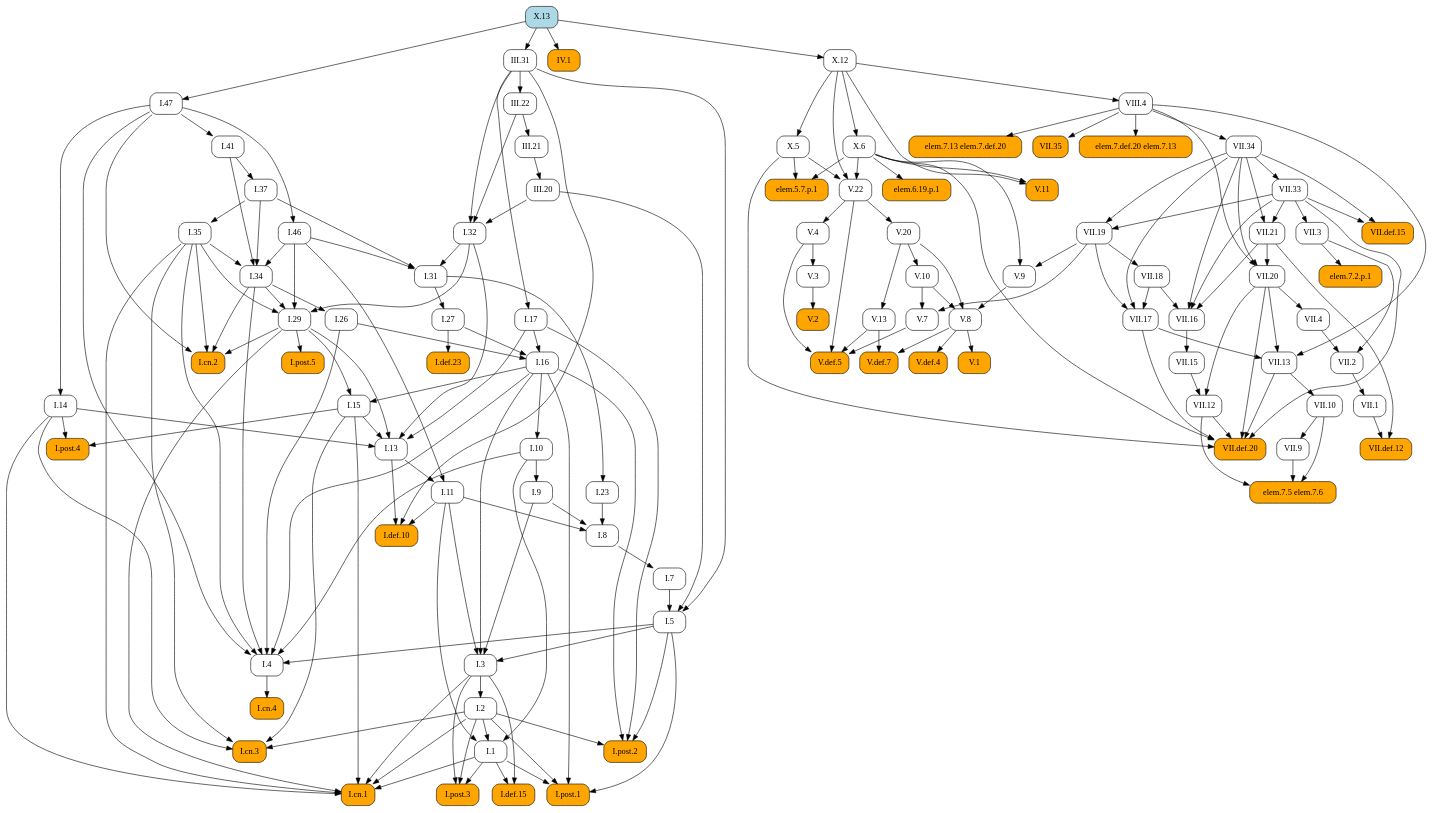
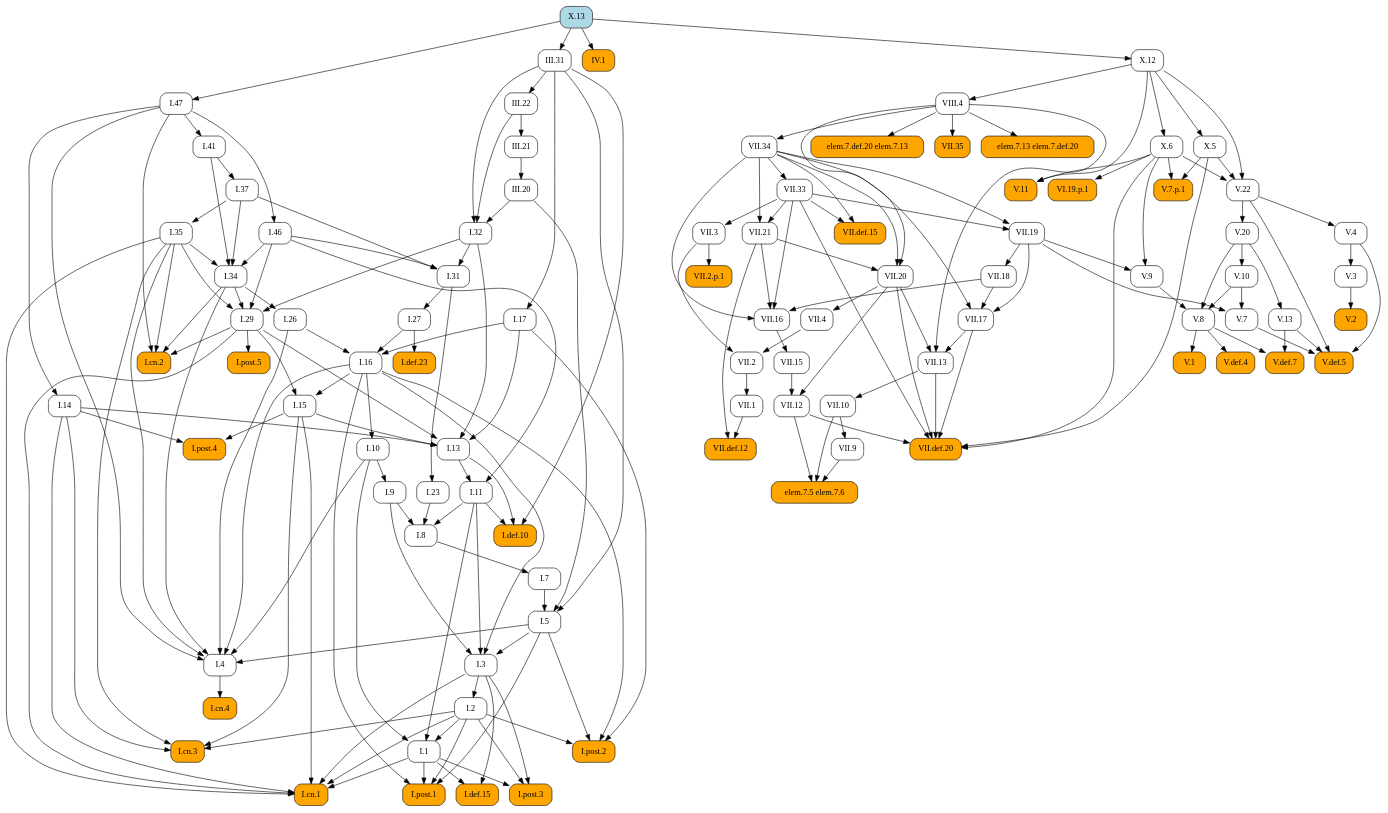
One commit to geometor/elements changed the diagram in docsrc/heath/X/13/index.rst. Above: the diagram before and after it, drawn with Graphviz. The commit also changed other lines of this file and 484 other files, not shown here.

```diff
--- a/docsrc/heath/X/13/index.rst
+++ b/docsrc/heath/X/13/index.rst
@@ -53,179 +51,145 @@
    digraph {
      rankdir="TB";
      node [shape=box, style=rounded];
+     "I.23" [URL="/heath/I/23/", target="_top"];
+     "I.9" [URL="/heath/I/9/", target="_top"];
+     "elem.7.def.20 elem.7.13" [style="rounded,filled", fillcolor=orange];
+     "VII.12" [URL="/heath/VII/12/", target="_top"];
+     "IV.1" [style="rounded,filled", fillcolor=orange, URL="/heath/IV/1/", target="_top"];
+     "VII.34" [URL="/heath/VII/34/", target="_top"];
+     "I.def.15" [style="rounded,filled", fillcolor=orange, URL="/heath/I/def.15/", target="_top"];
+     "V.13" [URL="/heath/V/13/", target="_top"];
+     "VII.16" [URL="/heath/VII/16/", target="_top"];
+     "V.7" [URL="/heath/V/7/", target="_top"];
+     "V.7.p.1" [style="rounded,filled", fillcolor=orange];
+     "I.post.1" [style="rounded,filled", fillcolor=orange, URL="/heath/I/post.1/", target="_top"];
+     "III.20" [URL="/heath/III/20/", target="_top"];
+     "X.6" [URL="/heath/X/6/", target="_top"];
+     "V.9" [URL="/heath/V/9/", target="_top"];
+     "I.31" [URL="/heath/I/31/", target="_top"];
+     "III.22" [URL="/heath/III/22/", target="_top"];
+     "VII.13" [URL="/heath/VII/13/", target="_top"];
      "I.def.10" [style="rounded,filled", fillcolor=orange, URL="/heath/I/def.10/", target="_top"];
+     "V.10" [URL="/heath/V/10/", target="_top"];
+     "VIII.4" [URL="/heath/VIII/4/", target="_top"];
+     "V.4" [URL="/heath/V/4/", target="_top"];
+     "VII.35" [style="rounded,filled", fillcolor=orange, URL="/heath/VII/35/", target="_top"];
+     "I.14" [URL="/heath/I/14/", target="_top"];
+     "V.11" [style="rounded,filled", fillcolor=orange, URL="/heath/V/11/", target="_top"];
+     "VII.2.p.1" [style="rounded,filled", fillcolor=orange];
+     "I.34" [URL="/heath/I/34/", target="_top"];
+     "VII.def.20" [style="rounded,filled", fillcolor=orange, URL="/heath/VII/def.20/", target="_top"];
+     "VII.15" [URL="/heath/VII/15/", target="_top"];
+     "I.3" [URL="/heath/I/3/", target="_top"];
+     "V.def.4" [style="rounded,filled", fillcolor=orange, URL="/heath/V/def.4/", target="_top"];
+     "V.def.7" [style="rounded,filled", fillcolor=orange, URL="/heath/V/def.7/", target="_top"];
+     "I.2" [URL="/heath/I/2/", target="_top"];
+     "V.3" [URL="/heath/V/3/", target="_top"];
+     "I.13" [URL="/heath/I/13/", target="_top"];
+     "I.post.4" [style="rounded,filled", fillcolor=orange, URL="/heath/I/post.4/", target="_top"];
+     "I.4" [URL="/heath/I/4/", target="_top"];
+     "I.1" [URL="/heath/I/1/", target="_top"];
+     "I.8" [URL="/heath/I/8/", target="_top"];
+     "I.17" [URL="/heath/I/17/", target="_top"];
+     "VII.21" [URL="/heath/VII/21/", target="_top"];
+     "I.29" [URL="/heath/I/29/", target="_top"];
+     "V.8" [URL="/heath/V/8/", target="_top"];
+     "I.15" [URL="/heath/I/15/", target="_top"];
+     "VII.def.12" [style="rounded,filled", fillcolor=orange, URL="/heath/VII/def.12/", target="_top"];
+     "I.10" [URL="/heath/I/10/", target="_top"];
      "I.11" [URL="/heath/I/11/", target="_top"];
-     "I.post.4" [style="rounded,filled", fillcolor=orange, URL="/heath/I/post.4/", target="_top"];
-     "I.1" [URL="/heath/I/1/", target="_top"];
+     "I.def.23" [style="rounded,filled", fillcolor=orange, URL="/heath/I/def.23/", target="_top"];
+     "elem.7.13 elem.7.def.20" [style="rounded,filled", fillcolor=orange];
+     "VII.20" [URL="/heath/VII/20/", target="_top"];
+     "I.46" [URL="/heath/I/46/", target="_top"];
+     "I.26" [URL="/heath/I/26/", target="_top"];
+     "VII.33" [URL="/heath/VII/33/", target="_top"];
+     "I.32" [URL="/heath/I/32/", target="_top"];
+     "elem.7.5 elem.7.6" [style="rounded,filled", fillcolor=orange];
+     "VII.9" [URL="/heath/VII/9/", target="_top"];
+     "I.47" [URL="/heath/I/47/", target="_top"];
+     "VII.18" [URL="/heath/VII/18/", target="_top"];
+     "X.12" [URL="/heath/X/12/", target="_top"];
+     "I.post.3" [style="rounded,filled", fillcolor=orange, URL="/heath/I/post.3/", target="_top"];
+     "V.def.5" [style="rounded,filled", fillcolor=orange, URL="/heath/V/def.5/", target="_top"];
+     "VII.10" [URL="/heath/VII/10/", target="_top"];
+     "V.20" [URL="/heath/V/20/", target="_top"];
+     "I.27" [URL="/heath/I/27/", target="_top"];
+     "VII.def.15" [style="rounded,filled", fillcolor=orange, URL="/heath/VII/def.15/", target="_top"];
+     "VII.17" [URL="/heath/VII/17/", target="_top"];
+     "VII.19" [URL="/heath/VII/19/", target="_top"];
+     "VII.2" [URL="/heath/VII/2/", target="_top"];
+     "I.35" [URL="/heath/I/35/", target="_top"];
+     "I.cn.1" [style="rounded,filled", fillcolor=orange, URL="/heath/I/cn.1/", target="_top"];
+     "V.2" [style="rounded,filled", fillcolor=orange, URL="/heath/V/2/", target="_top"];
+     "I.7" [URL="/heath/I/7/", target="_top"];
+     "X.5" [URL="/heath/X/5/", target="_top"];
+     "I.5" [URL="/heath/I/5/", target="_top"];
+     "I.37" [URL="/heath/I/37/", target="_top"];
+     "X.13" [style="rounded,filled", fillcolor=lightblue, URL="/heath/X/13/", target="_top"];
+     "VI.19.p.1" [style="rounded,filled", fillcolor=orange];
      "VII.1" [URL="/heath/VII/1/", target="_top"];
-     "VII.9" [URL="/heath/VII/9/", target="_top"];
-     "V.def.5" [style="rounded,filled", fillcolor=orange, URL="/heath/V/def.5/", target="_top"];
-     "III.20" [URL="/heath/III/20/", target="_top"];
+     "I.cn.3" [style="rounded,filled", fillcolor=orange, URL="/heath/I/cn.3/", target="_top"];
+     "I.16" [URL="/heath/I/16/", target="_top"];
      "III.31" [URL="/heath/III/31/", target="_top"];
-     "X.13" [style="rounded,filled", fillcolor=lightblue, URL="/heath/X/13/", target="_top"];
-     "V.13" [URL="/heath/V/13/", target="_top"];
-     "V.11" [style="rounded,filled", fillcolor=orange, URL="/heath/V/11/", target="_top"];
-     "I.47" [URL="/heath/I/47/", target="_top"];
-     "elem.7.5 elem.7.6" [style="rounded,filled", fillcolor=orange];
-     "I.post.3" [style="rounded,filled", fillcolor=orange, URL="/heath/I/post.3/", target="_top"];
-     "I.cn.3" [style="rounded,filled", fillcolor=orange, URL="/heath/I/cn.3/", target="_top"];
-     "I.14" [URL="/heath/I/14/", target="_top"];
-     "VII.13" [URL="/heath/VII/13/", target="_top"];
-     "VII.2" [URL="/heath/VII/2/", target="_top"];
-     "V.3" [URL="/heath/V/3/", target="_top"];
-     "elem.7.13 elem.7.def.20" [style="rounded,filled", fillcolor=orange];
-     "VII.12" [URL="/heath/VII/12/", target="_top"];
-     "VII.def.12" [style="rounded,filled", fillcolor=orange, URL="/heath/VII/def.12/", target="_top"];
-     "I.41" [URL="/heath/I/41/", target="_top"];
-     "I.27" [URL="/heath/I/27/", target="_top"];
-     "V.8" [URL="/heath/V/8/", target="_top"];
-     "I.37" [URL="/heath/I/37/", target="_top"];
-     "I.34" [URL="/heath/I/34/", target="_top"];
-     "VII.10" [URL="/heath/VII/10/", target="_top"];
-     "elem.7.2.p.1" [style="rounded,filled", fillcolor=orange];
-     "I.2" [URL="/heath/I/2/", target="_top"];
-     "I.def.23" [style="rounded,filled", fillcolor=orange, URL="/heath/I/def.23/", target="_top"];
-     "VII.18" [URL="/heath/VII/18/", target="_top"];
-     "IV.1" [style="rounded,filled", fillcolor=orange, URL="/heath/IV/1/", target="_top"];
-     "I.17" [URL="/heath/I/17/", target="_top"];
-     "I.post.2" [style="rounded,filled", fillcolor=orange, URL="/heath/I/post.2/", target="_top"];
-     "VII.21" [URL="/heath/VII/21/", target="_top"];
-     "VII.20" [URL="/heath/VII/20/", target="_top"];
-     "VII.35" [style="rounded,filled", fillcolor=orange, URL="/heath/VII/35/", target="_top"];
-     "I.9" [URL="/heath/I/9/", target="_top"];
-     "I.32" [URL="/heath/I/32/", target="_top"];
-     "V.def.4" [style="rounded,filled", fillcolor=orange, URL="/heath/V/def.4/", target="_top"];
-     "I.cn.4" [style="rounded,filled", fillcolor=orange, URL="/heath/I/cn.4/", target="_top"];
-     "I.15" [URL="/heath/I/15/", target="_top"];
-     "III.22" [URL="/heath/III/22/", target="_top"];
-     "V.def.7" [style="rounded,filled", fillcolor=orange, URL="/heath/V/def.7/", target="_top"];
-     "VII.def.20" [style="rounded,filled", fillcolor=orange, URL="/heath/VII/def.20/", target="_top"];
-     "I.5" [URL="/heath/I/5/", target="_top"];
-     "elem.7.def.20 elem.7.13" [style="rounded,filled", fillcolor=orange];
-     "I.26" [URL="/heath/I/26/", target="_top"];
-     "I.29" [URL="/heath/I/29/", target="_top"];
+     "VII.4" [URL="/heath/VII/4/", target="_top"];
+     "V.1" [style="rounded,filled", fillcolor=orange, URL="/heath/V/1/", target="_top"];
      "V.22" [URL="/heath/V/22/", target="_top"];
      "I.cn.2" [style="rounded,filled", fillcolor=orange, URL="/heath/I/cn.2/", target="_top"];
-     "X.6" [URL="/heath/X/6/", target="_top"];
-     "V.20" [URL="/heath/V/20/", target="_top"];
-     "V.10" [URL="/heath/V/10/", target="_top"];
-     "VII.17" [URL="/heath/VII/17/", target="_top"];
+     "I.post.5" [style="rounded,filled", fillcolor=orange, URL="/heath/I/post.5/", target="_top"];
      "VII.3" [URL="/heath/VII/3/", target="_top"];
-     "I.def.15" [style="rounded,filled", fillcolor=orange, URL="/heath/I/def.15/", target="_top"];
-     "I.cn.1" [style="rounded,filled", fillcolor=orange, URL="/heath/I/cn.1/", target="_top"];
-     "V.7" [URL="/heath/V/7/", target="_top"];
-     "V.9" [URL="/heath/V/9/", target="_top"];
-     "I.23" [URL="/heath/I/23/", target="_top"];
-     "I.post.1" [style="rounded,filled", fillcolor=orange, URL="/heath/I/post.1/", target="_top"];
-     "X.12" [URL="/heath/X/12/", target="_top"];
-     "elem.6.19.p.1" [style="rounded,filled", fillcolor=orange];
-     "I.35" [URL="/heath/I/35/", target="_top"];
-     "I.10" [URL="/heath/I/10/", target="_top"];
-     "I.46" [URL="/heath/I/46/", target="_top"];
-     "VII.33" [URL="/heath/VII/33/", target="_top"];
-     "I.7" [URL="/heath/I/7/", target="_top"];
-     "I.3" [URL="/heath/I/3/", target="_top"];
-     "VII.def.15" [style="rounded,filled", fillcolor=orange, URL="/heath/VII/def.15/", target="_top"];
-     "I.4" [URL="/heath/I/4/", target="_top"];
-     "VII.19" [URL="/heath/VII/19/", target="_top"];
-     "I.13" [URL="/heath/I/13/", target="_top"];
-     "VII.16" [URL="/heath/VII/16/", target="_top"];
-     "V.4" [URL="/heath/V/4/", target="_top"];
-     "elem.5.7.p.1" [style="rounded,filled", fillcolor=orange];
-     "VII.4" [URL="/heath/VII/4/", target="_top"];
-     "I.31" [URL="/heath/I/31/", target="_top"];
-     "VIII.4" [URL="/heath/VIII/4/", target="_top"];
-     "V.1" [style="rounded,filled", fillcolor=orange, URL="/heath/V/1/", target="_top"];
-     "I.16" [URL="/heath/I/16/", target="_top"];
-     "X.5" [URL="/heath/X/5/", target="_top"];
-     "VII.34" [URL="/heath/VII/34/", target="_top"];
-     "I.8" [URL="/heath/I/8/", target="_top"];
-     "V.2" [style="rounded,filled", fillcolor=orange, URL="/heath/V/2/", target="_top"];
+     "I.cn.4" [style="rounded,filled", fillcolor=orange, URL="/heath/I/cn.4/", target="_top"];
      "III.21" [URL="/heath/III/21/", target="_top"];
-     "I.post.5" [style="rounded,filled", fillcolor=orange, URL="/heath/I/post.5/", target="_top"];
-     "VII.15" [URL="/heath/VII/15/", target="_top"];
+     "I.41" [URL="/heath/I/41/", target="_top"];
+     "I.post.2" [style="rounded,filled", fillcolor=orange, URL="/heath/I/post.2/", target="_top"];
+     "I.31" -> "I.23";
+     "I.10" -> "I.9";
+     "VIII.4" -> "elem.7.def.20 elem.7.13";
+     "VII.15" -> "VII.12";
+     "VII.20" -> "VII.12";
+     "X.13" -> "IV.1";
+     "VIII.4" -> "VII.34";
+     "I.1" -> "I.def.15";
+     "I.3" -> "I.def.15";
+     "V.20" -> "V.13";
+     "VII.18" -> "VII.16";
+     "VII.21" -> "VII.16";
+     "VII.33" -> "VII.16";
+     "VII.34" -> "VII.16";
+     "V.10" -> "V.7";
+     "VII.19" -> "V.7";
+     "X.5" -> "V.7.p.1";
+     "X.6" -> "V.7.p.1";
+     "I.1" -> "I.post.1";
+     "I.2" -> "I.post.1";
+     "I.5" -> "I.post.1";
+     "I.16" -> "I.post.1";
+     "III.21" -> "III.20";
+     "X.12" -> "X.6";
+     "VII.19" -> "V.9";
+     "X.6" -> "V.9";
+     "I.32" -> "I.31";
+     "I.37" -> "I.31";
+     "I.46" -> "I.31";
+     "III.31" -> "III.22";
+     "VII.17" -> "VII.13";
+     "VII.20" -> "VII.13";
+     "VIII.4" -> "VII.13";
      "I.11" -> "I.def.10";
      "I.13" -> "I.def.10";
      "III.31" -> "I.def.10";
-     "I.13" -> "I.11";
-     "I.46" -> "I.11";
-     "I.14" -> "I.post.4";
-     "I.15" -> "I.post.4";
-     "I.2" -> "I.1";
-     "I.10" -> "I.1";
-     "I.11" -> "I.1";
-     "VII.2" -> "VII.1";
-     "VII.10" -> "VII.9";
-     "V.4" -> "V.def.5";
-     "V.7" -> "V.def.5";
-     "V.13" -> "V.def.5";
-     "V.22" -> "V.def.5";
-     "III.21" -> "III.20";
-     "X.13" -> "III.31";
-     "V.20" -> "V.13";
+     "V.20" -> "V.10";
+     "X.12" -> "VIII.4";
+     "V.22" -> "V.4";
+     "VIII.4" -> "VII.35";
+     "I.47" -> "I.14";
      "X.6" -> "V.11";
      "X.12" -> "V.11";
-     "X.13" -> "I.47";
-     "VII.9" -> "elem.7.5 elem.7.6";
-     "VII.10" -> "elem.7.5 elem.7.6";
-     "VII.12" -> "elem.7.5 elem.7.6";
-     "I.1" -> "I.post.3";
-     "I.2" -> "I.post.3";
-     "I.3" -> "I.post.3";
-     "I.2" -> "I.cn.3";
-     "I.14" -> "I.cn.3";
-     "I.15" -> "I.cn.3";
-     "I.35" -> "I.cn.3";
-     "I.47" -> "I.14";
-     "VII.17" -> "VII.13";
-     "VII.20" -> "VII.13";
-     "VIII.4" -> "VII.13";
-     "VII.3" -> "VII.2";
-     "VII.4" -> "VII.2";
-     "V.4" -> "V.3";
-     "VIII.4" -> "elem.7.13 elem.7.def.20";
-     "VII.15" -> "VII.12";
-     "VII.20" -> "VII.12";
-     "VII.1" -> "VII.def.12";
-     "VII.21" -> "VII.def.12";
-     "I.47" -> "I.41";
-     "I.31" -> "I.27";
-     "V.9" -> "V.8";
-     "V.10" -> "V.8";
-     "V.20" -> "V.8";
-     "I.41" -> "I.37";
+     "VII.3" -> "VII.2.p.1";
      "I.35" -> "I.34";
      "I.37" -> "I.34";
      "I.41" -> "I.34";
      "I.46" -> "I.34";
-     "VII.13" -> "VII.10";
-     "VII.3" -> "elem.7.2.p.1";
-     "I.3" -> "I.2";
-     "I.27" -> "I.def.23";
-     "VII.19" -> "VII.18";
-     "X.13" -> "IV.1";
-     "III.31" -> "I.17";
-     "I.2" -> "I.post.2";
-     "I.5" -> "I.post.2";
-     "I.16" -> "I.post.2";
-     "I.17" -> "I.post.2";
-     "VII.33" -> "VII.21";
-     "VII.34" -> "VII.21";
-     "VII.21" -> "VII.20";
-     "VII.34" -> "VII.20";
-     "VIII.4" -> "VII.20";
-     "VIII.4" -> "VII.35";
-     "I.10" -> "I.9";
-     "III.20" -> "I.32";
-     "III.22" -> "I.32";
-     "III.31" -> "I.32";
-     "V.8" -> "V.def.4";
-     "I.4" -> "I.cn.4";
-     "I.16" -> "I.15";
-     "I.29" -> "I.15";
-     "III.31" -> "III.22";
-     "V.8" -> "V.def.7";
-     "V.13" -> "V.def.7";
      "VII.12" -> "VII.def.20";
      "VII.13" -> "VII.def.20";
      "VII.17" -> "VII.def.20";
@@ -233,15 +197,117 @@
      "VII.33" -> "VII.def.20";
      "X.5" -> "VII.def.20";
      "X.6" -> "VII.def.20";
-     "I.7" -> "I.5";
-     "III.20" -> "I.5";
-     "III.31" -> "I.5";
-     "VIII.4" -> "elem.7.def.20 elem.7.13";
-     "I.34" -> "I.26";
+     "VII.16" -> "VII.15";
+     "I.5" -> "I.3";
+     "I.9" -> "I.3";
+     "I.11" -> "I.3";
+     "I.16" -> "I.3";
+     "V.8" -> "V.def.4";
+     "V.8" -> "V.def.7";
+     "V.13" -> "V.def.7";
+     "I.3" -> "I.2";
+     "V.4" -> "V.3";
+     "I.14" -> "I.13";
+     "I.15" -> "I.13";
+     "I.17" -> "I.13";
+     "I.29" -> "I.13";
+     "I.32" -> "I.13";
+     "I.14" -> "I.post.4";
+     "I.15" -> "I.post.4";
+     "I.5" -> "I.4";
+     "I.10" -> "I.4";
+     "I.16" -> "I.4";
+     "I.26" -> "I.4";
+     "I.34" -> "I.4";
+     "I.35" -> "I.4";
+     "I.47" -> "I.4";
+     "I.2" -> "I.1";
+     "I.10" -> "I.1";
+     "I.11" -> "I.1";
+     "I.9" -> "I.8";
+     "I.11" -> "I.8";
+     "I.23" -> "I.8";
+     "III.31" -> "I.17";
+     "VII.33" -> "VII.21";
+     "VII.34" -> "VII.21";
      "I.32" -> "I.29";
      "I.34" -> "I.29";
      "I.35" -> "I.29";
      "I.46" -> "I.29";
+     "V.9" -> "V.8";
+     "V.10" -> "V.8";
+     "V.20" -> "V.8";
+     "I.16" -> "I.15";
+     "I.29" -> "I.15";
+     "VII.1" -> "VII.def.12";
+     "VII.21" -> "VII.def.12";
+     "I.16" -> "I.10";
+     "I.13" -> "I.11";
+     "I.46" -> "I.11";
+     "I.27" -> "I.def.23";
+     "VIII.4" -> "elem.7.13 elem.7.def.20";
+     "VII.21" -> "VII.20";
+     "VII.34" -> "VII.20";
+     "VIII.4" -> "VII.20";
+     "I.47" -> "I.46";
+     "I.34" -> "I.26";
+     "VII.34" -> "VII.33";
+     "III.20" -> "I.32";
+     "III.22" -> "I.32";
+     "III.31" -> "I.32";
+     "VII.9" -> "elem.7.5 elem.7.6";
+     "VII.10" -> "elem.7.5 elem.7.6";
+     "VII.12" -> "elem.7.5 elem.7.6";
+     "VII.10" -> "VII.9";
+     "X.13" -> "I.47";
+     "VII.19" -> "VII.18";
+     "X.13" -> "X.12";
+     "I.1" -> "I.post.3";
+     "I.2" -> "I.post.3";
+     "I.3" -> "I.post.3";
+     "V.4" -> "V.def.5";
+     "V.7" -> "V.def.5";
+     "V.13" -> "V.def.5";
+     "V.22" -> "V.def.5";
+     "VII.13" -> "VII.10";
+     "V.22" -> "V.20";
+     "I.31" -> "I.27";
+     "VII.33" -> "VII.def.15";
+     "VII.34" -> "VII.def.15";
+     "VII.18" -> "VII.17";
+     "VII.19" -> "VII.17";
+     "VII.34" -> "VII.17";
+     "VII.33" -> "VII.19";
+     "VII.34" -> "VII.19";
+     "VII.3" -> "VII.2";
+     "VII.4" -> "VII.2";
+     "I.37" -> "I.35";
+     "I.1" -> "I.cn.1";
+     "I.2" -> "I.cn.1";
+     "I.3" -> "I.cn.1";
+     "I.14" -> "I.cn.1";
+     "I.15" -> "I.cn.1";
+     "I.29" -> "I.cn.1";
+     "I.35" -> "I.cn.1";
+     "V.3" -> "V.2";
+     "I.8" -> "I.7";
+     "X.12" -> "X.5";
+     "I.7" -> "I.5";
+     "III.20" -> "I.5";
+     "III.31" -> "I.5";
+     "I.41" -> "I.37";
+     "X.6" -> "VI.19.p.1";
+     "VII.2" -> "VII.1";
+     "I.2" -> "I.cn.3";
+     "I.14" -> "I.cn.3";
+     "I.15" -> "I.cn.3";
+     "I.35" -> "I.cn.3";
+     "I.17" -> "I.16";
+     "I.26" -> "I.16";
+     "I.27" -> "I.16";
+     "X.13" -> "III.31";
+     "VII.20" -> "VII.4";
+     "V.8" -> "V.1";
      "X.5" -> "V.22";
      "X.6" -> "V.22";
      "X.12" -> "V.22";
@@ -249,81 +315,13 @@
      "I.34" -> "I.cn.2";
      "I.35" -> "I.cn.2";
      "I.47" -> "I.cn.2";
-     "X.12" -> "X.6";
-     "V.22" -> "V.20";
-     "V.20" -> "V.10";
-     "VII.18" -> "VII.17";
-     "VII.19" -> "VII.17";
-     "VII.34" -> "VII.17";
+     "I.29" -> "I.post.5";
      "VII.33" -> "VII.3";
-     "I.1" -> "I.def.15";
-     "I.3" -> "I.def.15";
-     "I.1" -> "I.cn.1";
-     "I.2" -> "I.cn.1";
-     "I.3" -> "I.cn.1";
-     "I.14" -> "I.cn.1";
-     "I.15" -> "I.cn.1";
-     "I.29" -> "I.cn.1";
-     "I.35" -> "I.cn.1";
-     "V.10" -> "V.7";
-     "VII.19" -> "V.7";
-     "VII.19" -> "V.9";
-     "X.6" -> "V.9";
-     "I.31" -> "I.23";
-     "I.1" -> "I.post.1";
-     "I.2" -> "I.post.1";
-     "I.5" -> "I.post.1";
-     "I.16" -> "I.post.1";
-     "X.13" -> "X.12";
-     "X.6" -> "elem.6.19.p.1";
-     "I.37" -> "I.35";
-     "I.16" -> "I.10";
-     "I.47" -> "I.46";
-     "VII.34" -> "VII.33";
-     "I.8" -> "I.7";
-     "I.5" -> "I.3";
-     "I.9" -> "I.3";
-     "I.11" -> "I.3";
-     "I.16" -> "I.3";
-     "VII.33" -> "VII.def.15";
-     "VII.34" -> "VII.def.15";
-     "I.5" -> "I.4";
-     "I.10" -> "I.4";
-     "I.16" -> "I.4";
-     "I.26" -> "I.4";
-     "I.34" -> "I.4";
-     "I.35" -> "I.4";
-     "I.47" -> "I.4";
-     "VII.33" -> "VII.19";
-     "VII.34" -> "VII.19";
-     "I.14" -> "I.13";
-     "I.15" -> "I.13";
-     "I.17" -> "I.13";
-     "I.29" -> "I.13";
-     "I.32" -> "I.13";
-     "VII.18" -> "VII.16";
-     "VII.21" -> "VII.16";
-     "VII.33" -> "VII.16";
-     "VII.34" -> "VII.16";
-     "V.22" -> "V.4";
-     "X.5" -> "elem.5.7.p.1";
-     "X.6" -> "elem.5.7.p.1";
-     "VII.20" -> "VII.4";
-     "I.32" -> "I.31";
-     "I.37" -> "I.31";
-     "I.46" -> "I.31";
-     "X.12" -> "VIII.4";
-     "V.8" -> "V.1";
-     "I.17" -> "I.16";
-     "I.26" -> "I.16";
-     "I.27" -> "I.16";
-     "X.12" -> "X.5";
-     "VIII.4" -> "VII.34";
-     "I.9" -> "I.8";
-     "I.11" -> "I.8";
-     "I.23" -> "I.8";
-     "V.3" -> "V.2";
+     "I.4" -> "I.cn.4";
      "III.22" -> "III.21";
-     "I.29" -> "I.post.5";
-     "VII.16" -> "VII.15";
+     "I.47" -> "I.41";
+     "I.2" -> "I.post.2";
+     "I.5" -> "I.post.2";
+     "I.16" -> "I.post.2";
+     "I.17" -> "I.post.2";
    }
```
